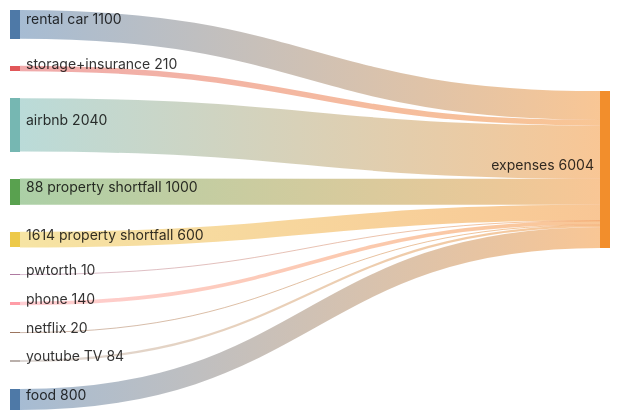
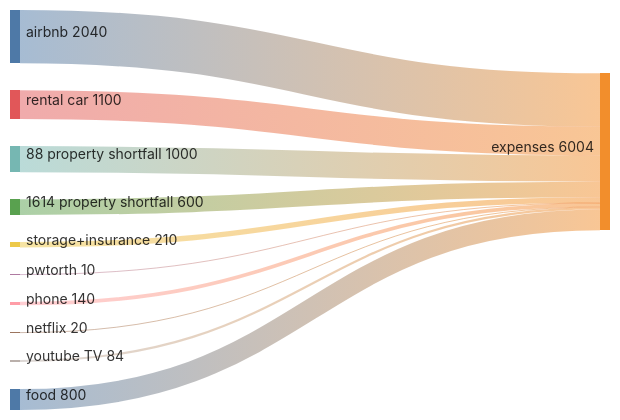
The first of 6 diagrams in README.md (sarnobat/mermaid), drawn with Mermaid before and after one commit. The commit also changed other lines of this file, not shown here.

````diff
--- a/README.md
+++ b/README.md
@@ -5,19 +5,19 @@
 ```mermaid
 ---
 config:
   sankey:
     showValues: true
 ---
 sankey-beta
+airbnb,expenses,2040
 rental car,expenses,1100
-storage+insurance,expenses,210
-airbnb,expenses,2040
 88 property shortfall,expenses,1000
 1614 property shortfall,expenses,600
+storage+insurance,expenses,210
 pwtorth,expenses,10
 phone,expenses,140
 netflix,expenses,20
 youtube TV,expenses,84
 food,expenses,800
 
 ```
````
